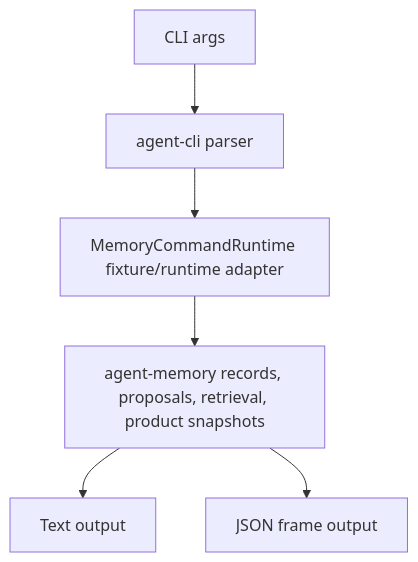
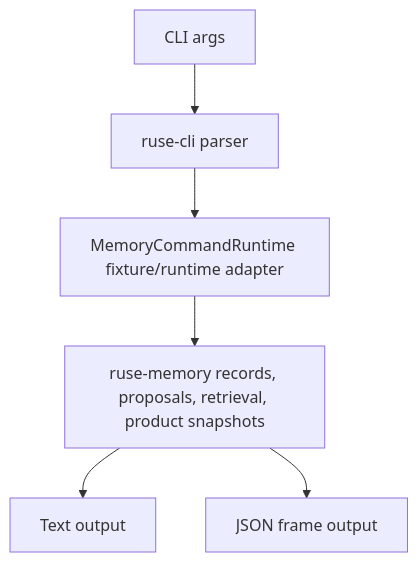
The diagram in docs/specs/M64-02-cli-json-memory-review.spec.md (poneding/agent), drawn with Mermaid before and after one commit. The commit also changed other lines of this file and 2091 other files, not shown here.

First line of the commit message:
refactor: rename agent branding to ruse

````diff
--- a/docs/specs/M64-02-cli-json-memory-review.spec.md
+++ b/docs/specs/M64-02-cli-json-memory-review.spec.md
@@ -55,8 +55,8 @@
 ```mermaid
 flowchart TD
-  Args["CLI args"] --> Parser["agent-cli parser"]
+  Args["CLI args"] --> Parser["ruse-cli parser"]
   Parser --> Runtime["MemoryCommandRuntime fixture/runtime adapter"]
-  Runtime --> Memory["agent-memory records, proposals, retrieval, product snapshots"]
+  Runtime --> Memory["ruse-memory records, proposals, retrieval, product snapshots"]
   Memory --> Text["Text output"]
   Memory --> Json["JSON frame output"]
 ```
````
